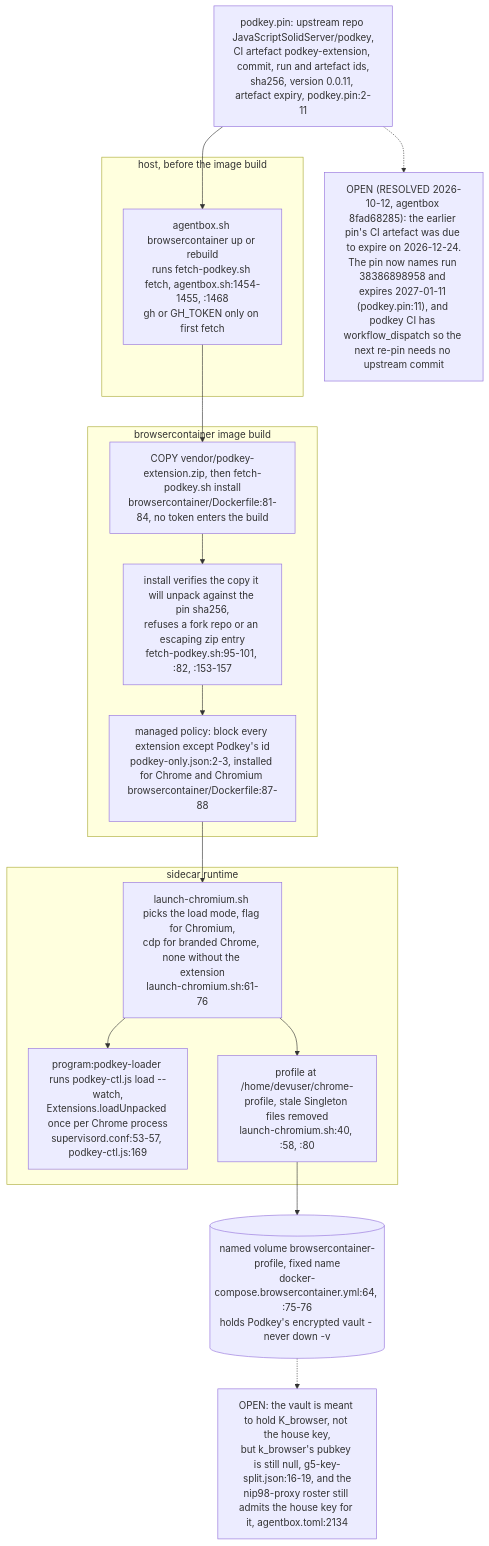
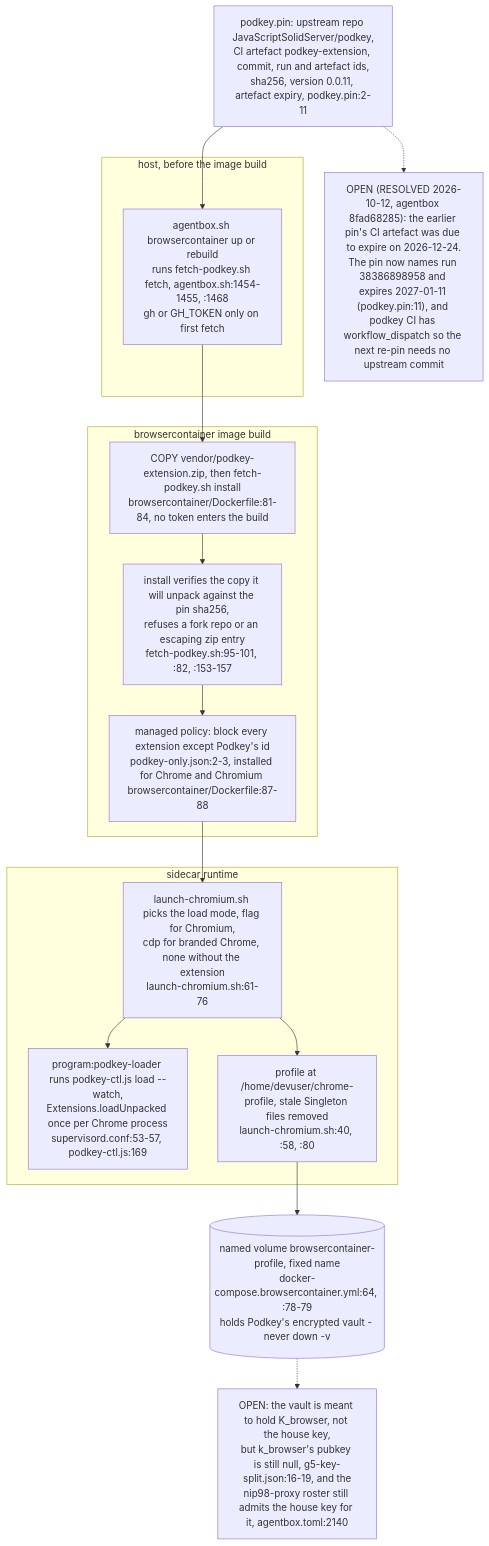
One commit to DreamLab-AI/VisionFlow changed diagram 12 of 14 in docs/diagrams/agentbox/06-sidecars-and-compose-overlays.md. Above: the diagram before and after it, drawn with Mermaid. The commit also changed other lines of this file and 36 other files, not shown here.

First line of the commit message:
docs(diagrams): re-derive and re-stamp agentbox, dream-engine, visioncraft, visiontouch and vowl topics; drop LAN addresses

````diff
--- a/docs/diagrams/agentbox/06-sidecars-and-compose-overlays.md
+++ b/docs/diagrams/agentbox/06-sidecars-and-compose-overlays.md
@@ -347,22 +347,22 @@
 ```mermaid
 flowchart TB
     PIN["podkey.pin: upstream repo JavaScriptSolidServer/podkey,<br/>CI artefact podkey-extension, commit, run and artefact ids,<br/>sha256, version 0.0.11, artefact expiry, podkey.pin:2-11"]
     subgraph HOST["host, before the image build"]
         F1["agentbox.sh browsercontainer up or rebuild<br/>runs fetch-podkey.sh fetch, agentbox.sh:1454-1455, :1468<br/>gh or GH_TOKEN only on first fetch"]
     end
     subgraph IMG["browsercontainer image build"]
         D1["COPY vendor/podkey-extension.zip, then fetch-podkey.sh install<br/>browsercontainer/Dockerfile:81-84, no token enters the build"]
         D2["install verifies the copy it will unpack against the pin sha256,<br/>refuses a fork repo or an escaping zip entry<br/>fetch-podkey.sh:95-101, :82, :153-157"]
         D3["managed policy: block every extension except Podkey's id<br/>podkey-only.json:2-3, installed for Chrome and Chromium browsercontainer/Dockerfile:87-88"]
     end
     subgraph RUN["sidecar runtime"]
         L1["launch-chromium.sh picks the load mode, flag for Chromium,<br/>cdp for branded Chrome, none without the extension<br/>launch-chromium.sh:61-76"]
         L2["program:podkey-loader runs podkey-ctl.js load --watch,<br/>Extensions.loadUnpacked once per Chrome process<br/>supervisord.conf:53-57, podkey-ctl.js:169"]
         L3["profile at /home/devuser/chrome-profile, stale Singleton files removed<br/>launch-chromium.sh:40, :58, :80"]
     end
-    VOL[("named volume browsercontainer-profile, fixed name<br/>docker-compose.browsercontainer.yml:64, :75-76<br/>holds Podkey's encrypted vault - never down -v")]
+    VOL[("named volume browsercontainer-profile, fixed name<br/>docker-compose.browsercontainer.yml:64, :78-79<br/>holds Podkey's encrypted vault - never down -v")]
     PIN --> F1 --> D1 --> D2 --> D3 --> L1 --> L2
     L1 --> L3 --> VOL
-    VOL -.-> OPEN1["OPEN: the vault is meant to hold K_browser, not the house key,<br/>but k_browser's pubkey is still null, g5-key-split.json:16-19, and the<br/>nip98-proxy roster still admits the house key for it, agentbox.toml:2134"]
+    VOL -.-> OPEN1["OPEN: the vault is meant to hold K_browser, not the house key,<br/>but k_browser's pubkey is still null, g5-key-split.json:16-19, and the<br/>nip98-proxy roster still admits the house key for it, agentbox.toml:2140"]
     PIN -.-> OPEN2["OPEN (RESOLVED 2026-10-12, agentbox 8fad68285): the earlier pin's CI artefact was due to expire on 2026-12-24.<br/>The pin now names run 38386898958 and expires 2027-01-11 (podkey.pin:11), and podkey CI has workflow_dispatch so the next re-pin needs no upstream commit"]
 ```
````
